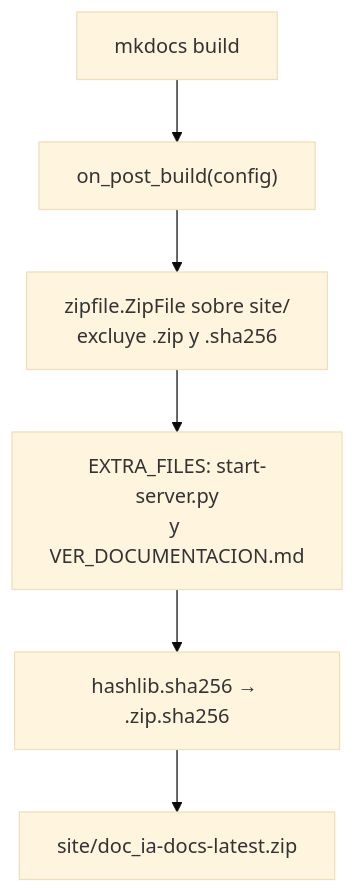
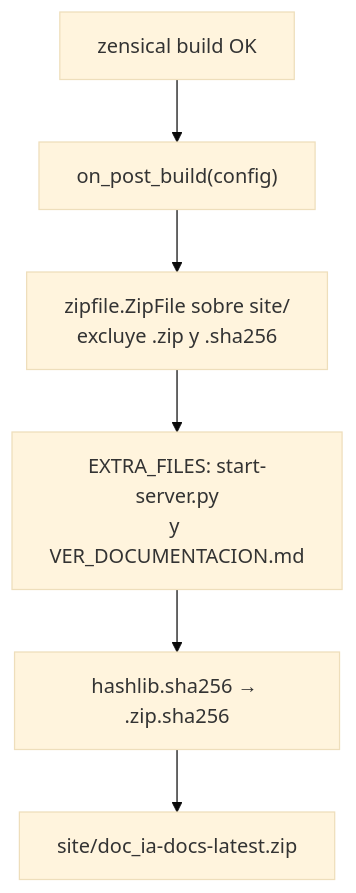
One commit to fmanza/doc_ia changed the second of 2 diagrams in docs/api/build_docs_zip.md. Above: the diagram before and after it, drawn with Mermaid (base theme). The commit also changed other lines of this file and 34 other files, not shown here.

First line of the commit message:
feat(build)!: Zensical como único generador de doc_ia

````diff
--- a/docs/api/build_docs_zip.md
+++ b/docs/api/build_docs_zip.md
@@ -62,10 +63,10 @@
 ```mermaid
 flowchart TD
-    accTitle: Hook on_post_build de MkDocs
-    accDescr: Tras mkdocs build, el hook empaqueta site/ con start-server.py y VER_DOCUMENTACION.md, sin ZIP ni checksums previos, y escribe la huella SHA256 de doc_ia-docs-latest.zip.
-    MK[mkdocs build] --> H["on_post_build(config)"]
+    accTitle: Post-build on_post_build
+    accDescr: Tras un zensical build correcto, el pipeline llama a on_post_build, que empaqueta site/ con start-server.py y VER_DOCUMENTACION.md, sin ZIP ni checksums previos, y escribe la huella SHA256 de doc_ia-docs-latest.zip.
+    MK[zensical build OK] --> H["on_post_build(config)"]
     H --> Z[zipfile.ZipFile sobre site/<br/>excluye .zip y .sha256]
     Z --> S["EXTRA_FILES: start-server.py<br/>y VER_DOCUMENTACION.md"]
     S --> C2[hashlib.sha256 → .zip.sha256]
     C2 --> OUT[site/doc_ia-docs-latest.zip]
 ```
````
